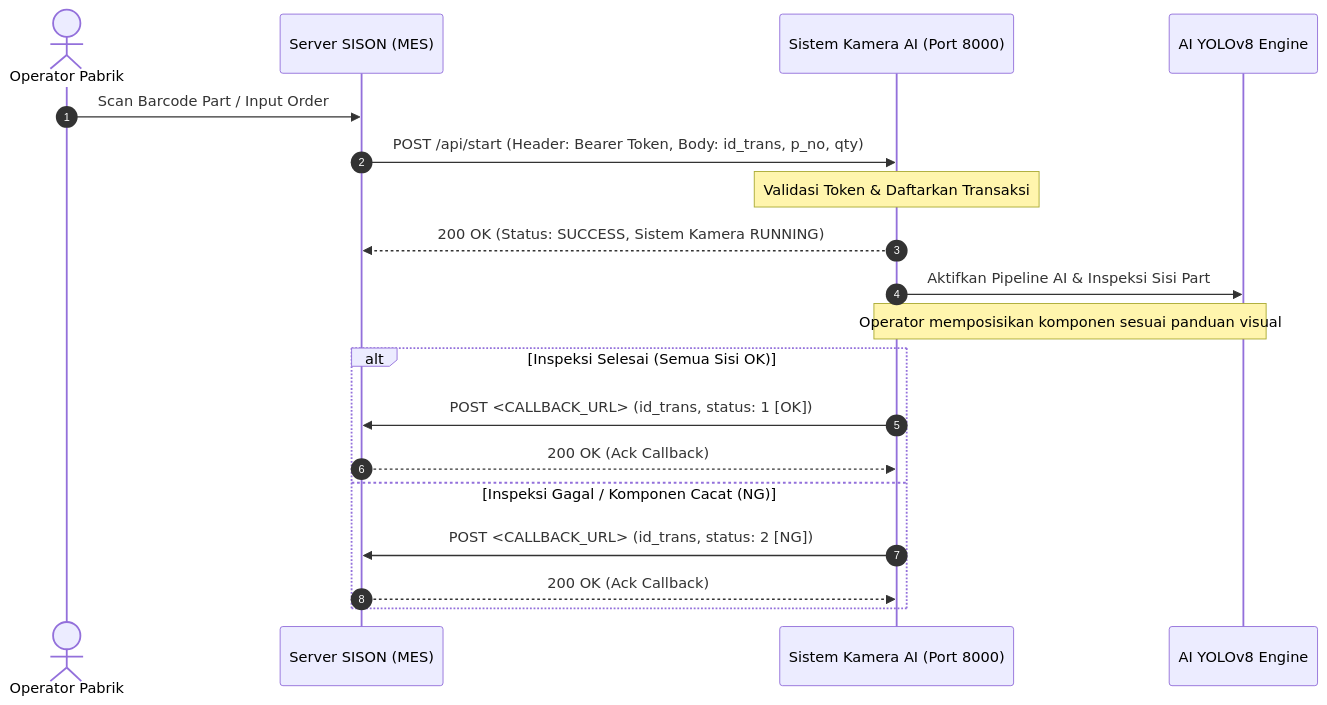
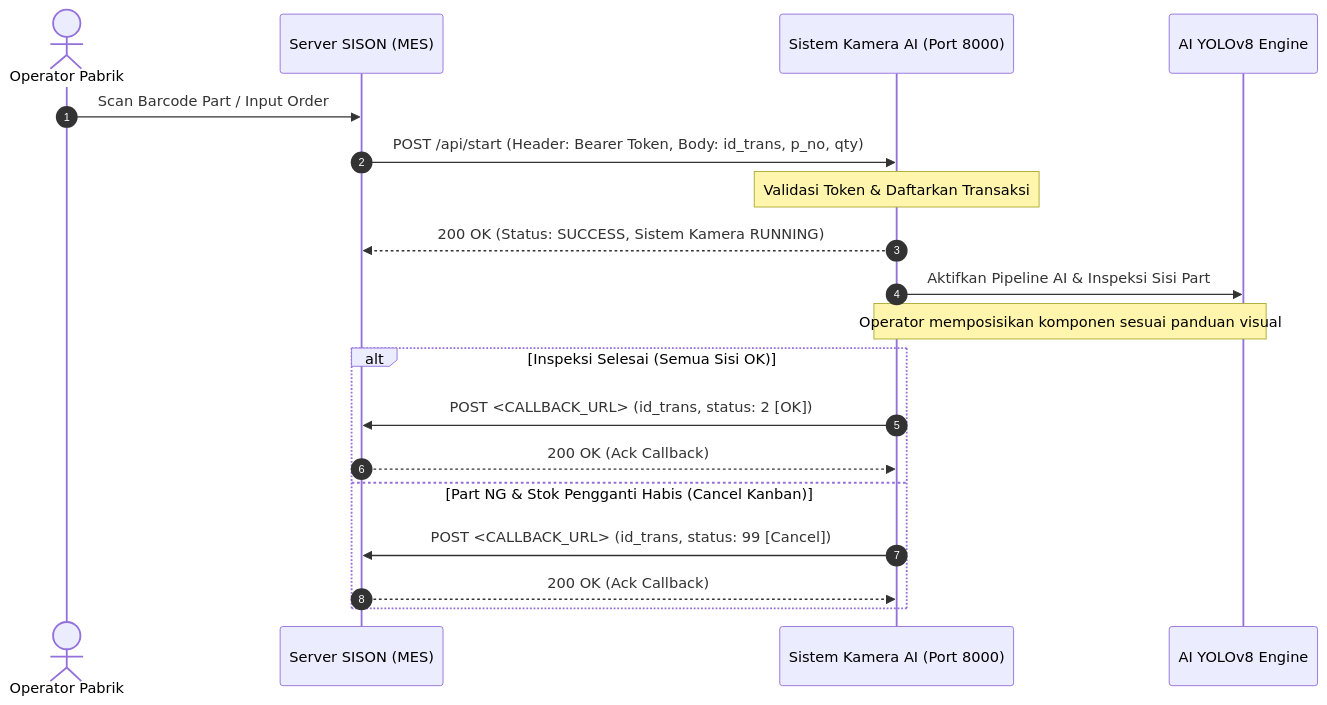
One commit to Ghilmanzufar/sistem-kamera-web changed the diagram in API_INTEGRATION_SISON.md. Above: the diagram before and after it, drawn with Mermaid. The commit also changed other lines of this file and 11 other files, not shown here.

Commit message:
feat: add Cancel Kanban flow with 3-option NG decision modal and update SISON status codes (0, 1, 2, 99)

````diff
--- a/API_INTEGRATION_SISON.md
+++ b/API_INTEGRATION_SISON.md
@@ -25,24 +25,24 @@
 ```mermaid
 sequenceDiagram
     autonumber
     actor Operator as Operator Pabrik
     participant SISON as Server SISON (MES)
     participant Kamera as Sistem Kamera AI (Port 8000)
     participant Model as AI YOLOv8 Engine
 
     Operator->>SISON: Scan Barcode Part / Input Order
     SISON->>Kamera: POST /api/start (Header: Bearer Token, Body: id_trans, p_no, qty)
     Note over Kamera: Validasi Token & Daftarkan Transaksi
     Kamera-->>SISON: 200 OK (Status: SUCCESS, Sistem Kamera RUNNING)
     
     Kamera->>Model: Aktifkan Pipeline AI & Inspeksi Sisi Part
     Note over Kamera,Model: Operator memposisikan komponen sesuai panduan visual
     
     alt Inspeksi Selesai (Semua Sisi OK)
-        Kamera->>SISON: POST <CALLBACK_URL> (id_trans, status: 1 [OK])
+        Kamera->>SISON: POST <CALLBACK_URL> (id_trans, status: 2 [OK])
         SISON-->>Kamera: 200 OK (Ack Callback)
-    else Inspeksi Gagal / Komponen Cacat (NG)
-        Kamera->>SISON: POST <CALLBACK_URL> (id_trans, status: 2 [NG])
+    else Part NG & Stok Pengganti Habis (Cancel Kanban)
+        Kamera->>SISON: POST <CALLBACK_URL> (id_trans, status: 99 [Cancel])
         SISON-->>Kamera: 200 OK (Ack Callback)
     end
 ```
````
